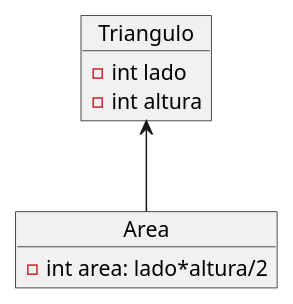
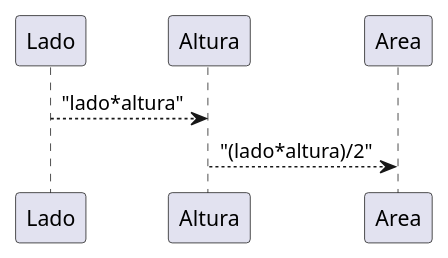
One commit to mgonzalz/introduccion_algoritmia changed the diagram in ejercicio10/ejercicio10_1.puml. Above: the diagram before and after it, drawn with PlantUML. The commit also changed 7 other files, not shown here.

```diff
--- a/ejercicio10/ejercicio10_1.puml
+++ b/ejercicio10/ejercicio10_1.puml
@@ -1,10 +1,4 @@
 @startuml
-object Triangulo{
-    -int lado
-    -int altura
-}
-object Area{
-    -int area: lado*altura/2
-}
-Triangulo <-- Area
+Lado --> Altura: "lado*altura"
+Altura --> Area: "(lado*altura)/2"
 @enduml
```
